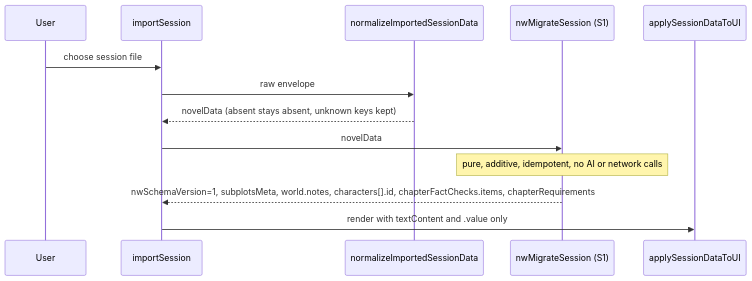
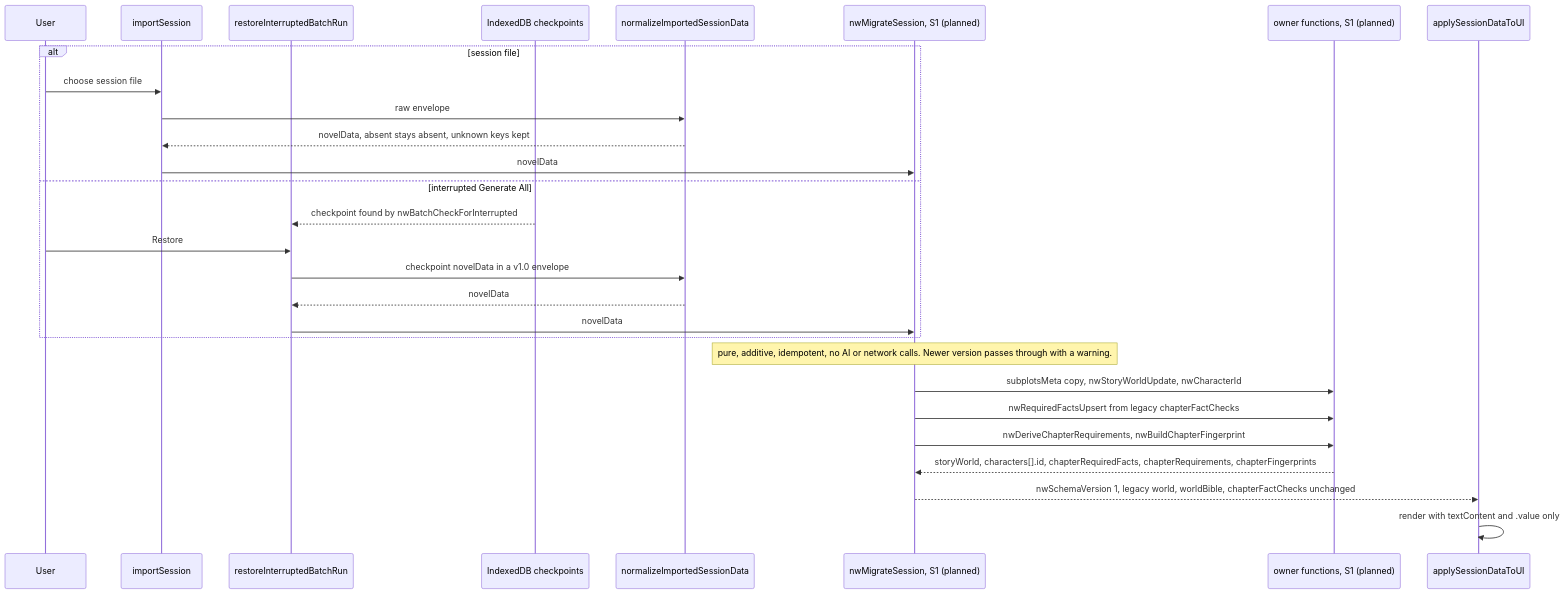
The eighth of 8 diagrams in NovelWriter/docs/ARCHITECTURE.md (bnorth12/AI-Book-Tools), drawn with Mermaid before and after one commit. The commit also changed other lines of this file, not shown here.

Commit message:
A1 docs: ARCHITECTURE.md v4 (Reviewer must-fixes: chapterRequiredFacts, storyWorld, migrate on checkpoint restore, per-field owners)

````diff
--- a/NovelWriter/docs/ARCHITECTURE.md
+++ b/NovelWriter/docs/ARCHITECTURE.md
@@ -441,15 +528,30 @@
 ```mermaid
 sequenceDiagram
     participant U as User
     participant I as importSession
+    participant RB as restoreInterruptedBatchRun
+    participant IDB as IndexedDB checkpoints
     participant N as normalizeImportedSessionData
-    participant M as nwMigrateSession (S1)
+    participant M as nwMigrateSession, S1 (planned)
+    participant O as owner functions, S1 (planned)
     participant A as applySessionDataToUI
-    U->>I: choose session file
-    I->>N: raw envelope
-    N-->>I: novelData (absent stays absent, unknown keys kept)
-    I->>M: novelData
-    Note over M: pure, additive, idempotent, no AI or network calls
-    M-->>I: nwSchemaVersion=1, subplotsMeta, world.notes, characters[].id, chapterFactChecks.items, chapterRequirements
-    I->>A: render with textContent and .value only
+    alt session file
+        U->>I: choose session file
+        I->>N: raw envelope
+        N-->>I: novelData, absent stays absent, unknown keys kept
+        I->>M: novelData
+    else interrupted Generate All
+        IDB-->>RB: checkpoint found by nwBatchCheckForInterrupted
+        U->>RB: Restore
+        RB->>N: checkpoint novelData in a v1.0 envelope
+        N-->>RB: novelData
+        RB->>M: novelData
+    end
+    Note over M: pure, additive, idempotent, no AI or network calls. Newer version passes through with a warning.
+    M->>O: subplotsMeta copy, nwStoryWorldUpdate, nwCharacterId
+    M->>O: nwRequiredFactsUpsert from legacy chapterFactChecks
+    M->>O: nwDeriveChapterRequirements, nwBuildChapterFingerprint
+    O-->>M: storyWorld, characters[].id, chapterRequiredFacts, chapterRequirements, chapterFingerprints
+    M-->>A: nwSchemaVersion 1, legacy world, worldBible, chapterFactChecks unchanged
+    A->>A: render with textContent and .value only
 ```
````
